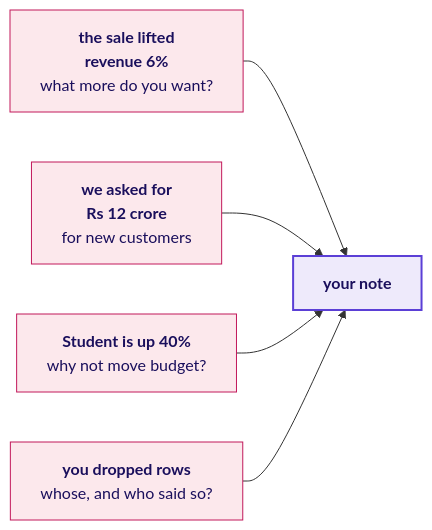
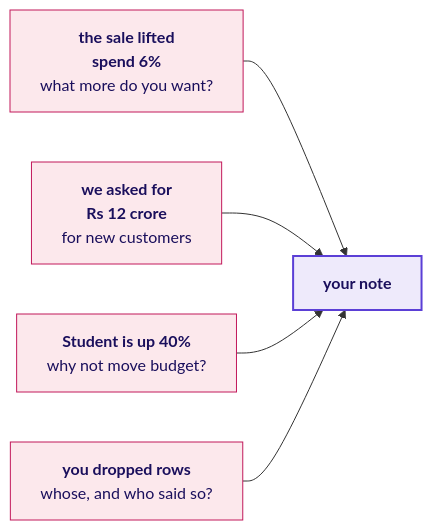
The first of 6 diagrams in content/W01/D5/slides/C2_W01_D05_rehearsal_STUDENT.md (fde-academy-lab/c2-content-factory), drawn with Mermaid before and after one commit. The commit also changed other lines of this file and 5 other files, not shown here.

````diff
--- a/content/W01/D5/slides/C2_W01_D05_rehearsal_STUDENT.md
+++ b/content/W01/D5/slides/C2_W01_D05_rehearsal_STUDENT.md
@@ -69,11 +105,11 @@
 ```mermaid
 flowchart LR
-    A["<b>the sale lifted</b><br/><b>revenue 6%</b><br/>what more do you want?"] --> N["<b>your note</b>"]
+    A["<b>the sale lifted</b><br/><b>spend 6%</b><br/>what more do you want?"] --> N["<b>your note</b>"]
     B["<b>we asked for</b><br/><b>Rs 12 crore</b><br/>for new customers"] --> N
     C["<b>Student is up 40%</b><br/>why not move budget?"] --> N
     D["<b>you dropped rows</b><br/>whose, and who said so?"] --> N
     classDef bad fill:#FCE8EC,stroke:#C2185B,color:#1A0F5C
     classDef known fill:#EEEAFB,stroke:#5B3FD6,color:#1A0F5C,stroke-width:2px
     class A,B,C,D bad
     class N known
 ```
````
